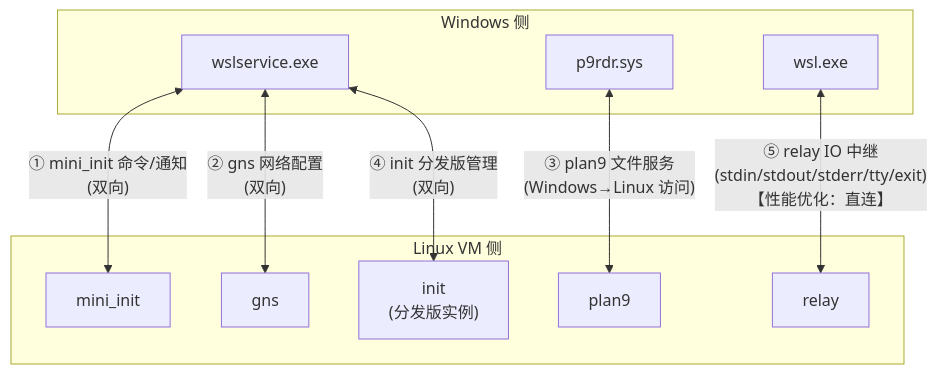
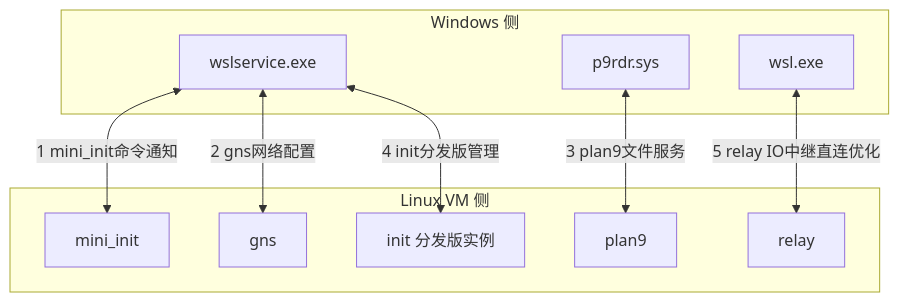
The second of 2 diagrams in .agents/docs/knowledge/learning/08-systems-infrastructure/wsl-wiki/04-architecture.md (xinetzone/SpecWeave), drawn with Mermaid before and after one commit. The commit also changed other lines of this file and 4 other files, not shown here.

Commit message:
fix(diagrams): 修复Mermaid图表VS Code预览渲染失败——移除br标签、带圈数字、特殊符号，统一节点引号格式[prevent: mermaid-syntax-check]

````diff
--- a/.agents/docs/knowledge/learning/08-systems-infrastructure/wsl-wiki/04-architecture.md
+++ b/.agents/docs/knowledge/learning/08-systems-infrastructure/wsl-wiki/04-architecture.md
@@ -138,22 +138,22 @@
 ```mermaid
 flowchart TB
     subgraph WinSide["Windows 侧"]
         WSLEXE["wsl.exe"]
         WSLSVC["wslservice.exe"]
         P9RDR["p9rdr.sys"]
     end
 
     subgraph LinuxSide["Linux VM 侧"]
         MINI["mini_init"]
         GNS_P["gns"]
-        INIT_P["init<br/>(分发版实例)"]
+        INIT_P["init 分发版实例"]
         PLAN9_P["plan9"]
         RELAY_P["relay"]
     end
 
-    WSLSVC <-->|"① mini_init 命令/通知<br/>(双向)"| MINI
-    WSLSVC <-->|"② gns 网络配置<br/>(双向)"| GNS_P
-    P9RDR <-->|"③ plan9 文件服务<br/>(Windows→Linux 访问)"| PLAN9_P
-    WSLSVC <-->|"④ init 分发版管理<br/>(双向)"| INIT_P
-    WSLEXE <-->|"⑤ relay IO 中继<br/>(stdin/stdout/stderr/tty/exit)<br/>【性能优化：直连】"| RELAY_P
+    WSLSVC <-->|1 mini_init命令通知| MINI
+    WSLSVC <-->|2 gns网络配置| GNS_P
+    P9RDR <-->|3 plan9文件服务| PLAN9_P
+    WSLSVC <-->|4 init分发版管理| INIT_P
+    WSLEXE <-->|5 relay IO中继直连优化| RELAY_P
 ```
````
